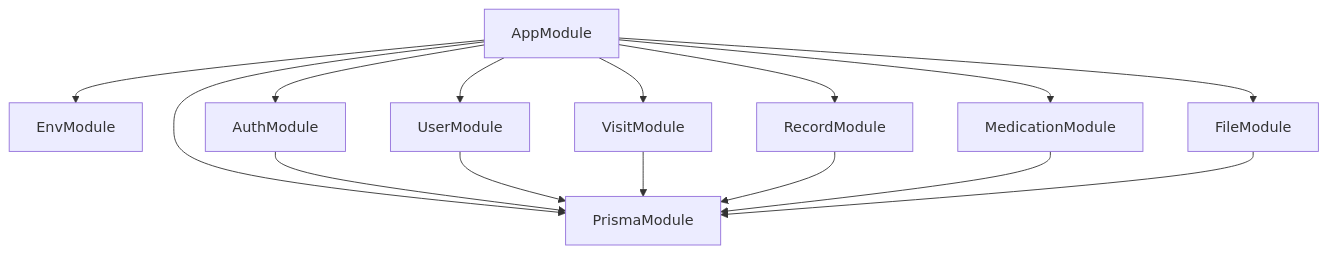
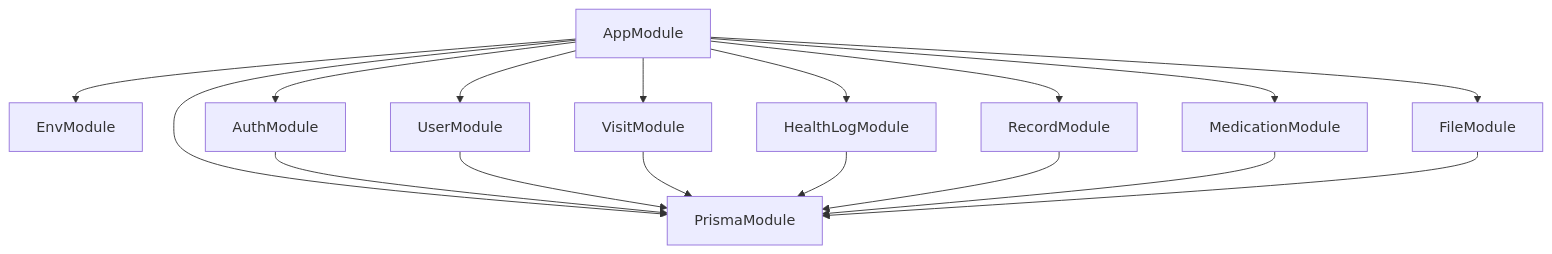
Before and after one commit to ayxixi/medical-system: the third of 8 diagrams in docs/ARCHITECTURE.md, drawn with Mermaid. The commit also changed other lines of this file and 27 other files, not shown here.

````diff
--- a/docs/ARCHITECTURE.md
+++ b/docs/ARCHITECTURE.md
@@ -269,18 +275,20 @@
 ```mermaid
 flowchart TD
   App[AppModule] --> Env[EnvModule]
   App --> Prisma[PrismaModule]
   App --> Auth[AuthModule]
   App --> User[UserModule]
   App --> Visit[VisitModule]
+  App --> HealthLog[HealthLogModule]
   App --> Record[RecordModule]
   App --> Medication[MedicationModule]
   App --> File[FileModule]
 
   Auth --> Prisma
   User --> Prisma
   Visit --> Prisma
+  HealthLog --> Prisma
   Record --> Prisma
   Medication --> Prisma
   File --> Prisma
 ```
````
